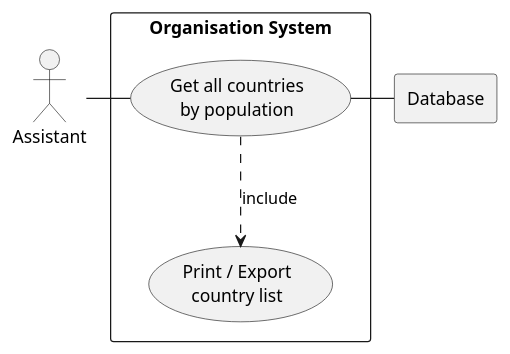
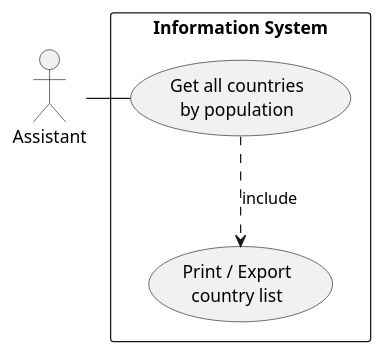
The diagram in use-cases/UC1-Counties_by_pop.puml (oparatte/SET08803-Group1), drawn with PlantUML before and after one commit. The commit also changed 4 other files, not shown here.

Commit message:
Added UML diagram for use case 4, 9, 21 and 30

```diff
--- a/use-cases/UC1-Counties_by_pop.puml
+++ b/use-cases/UC1-Counties_by_pop.puml
@@ -1,19 +1,15 @@
 @startuml
 
 actor A1 as "Assistant"
 
-rectangle Database
-
-rectangle "Organisation System" {
+rectangle "Information System" {
     usecase UC1 as "Get all countries
         by population"
 
     usecase UCa as "Print / Export
         country list"
 
     A1 - UC1
     UC1 ..> UCa : include
-    UC1 - Database
 }
-
 @enduml
```
